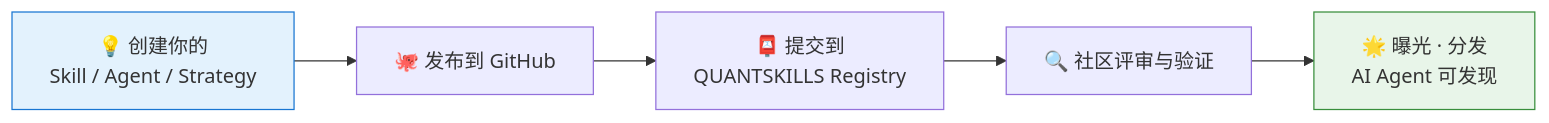
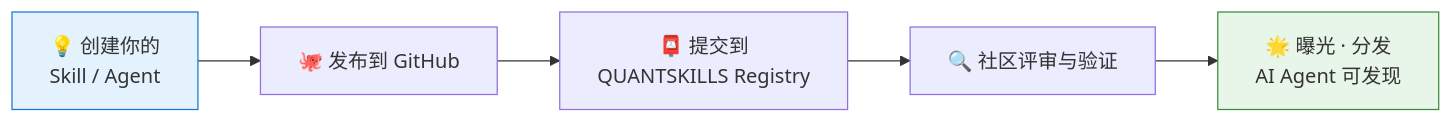
The second of 5 diagrams in profile/README.md (quantskills/.github), drawn with Mermaid before and after one commit. The commit also changed other lines of this file, not shown here.

Commit message:
Remove Strategy as org homepage asset category

````diff
--- a/profile/README.md
+++ b/profile/README.md
@@ -74,10 +69,10 @@
 ```mermaid
 flowchart LR
-    A["💡 创建你的<br/>Skill / Agent / Strategy"] --> B["🐙 发布到 GitHub"]
+    A["💡 创建你的<br/>Skill / Agent"] --> B["🐙 发布到 GitHub"]
     B --> C["📮 提交到<br/>QUANTSKILLS Registry"]
     C --> D["🔍 社区评审与验证"]
     D --> E["🌟 曝光 · 分发<br/>AI Agent 可发现"]
 
     style A fill:#e3f2fd,stroke:#1976d2
     style E fill:#e8f5e9,stroke:#388e3c
 ```
````
